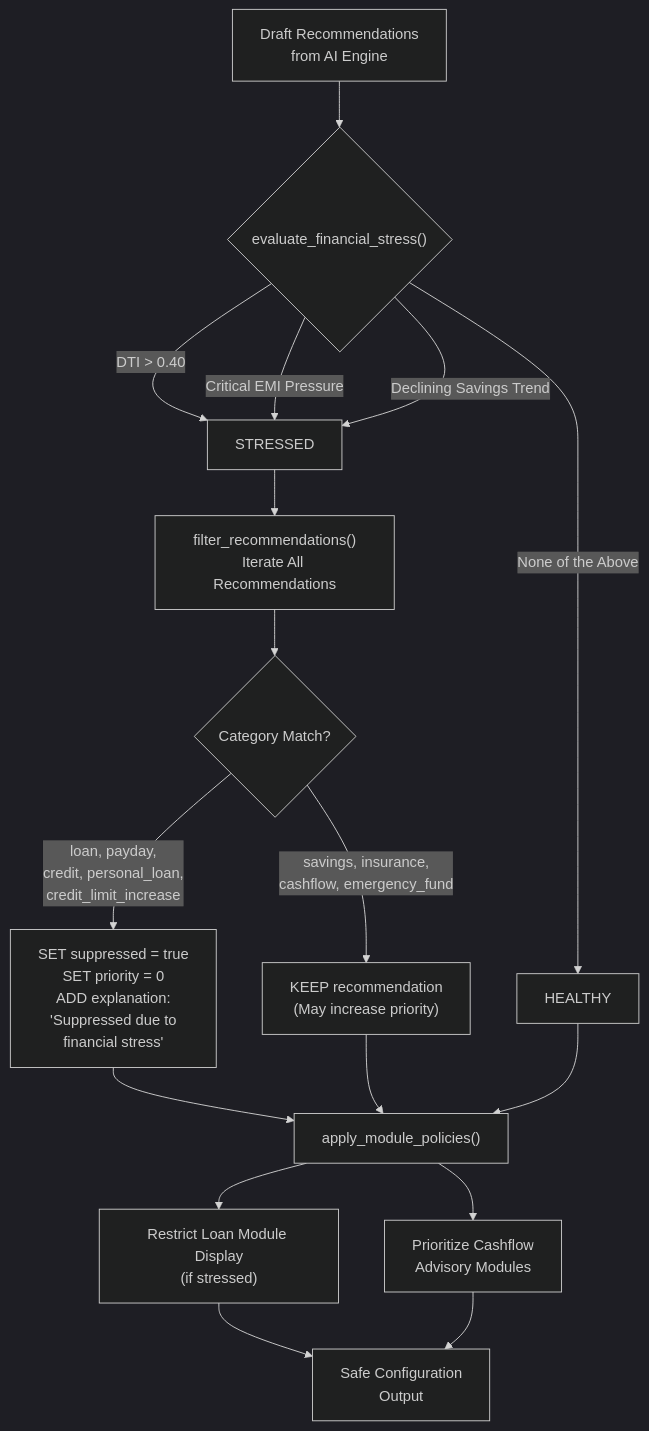
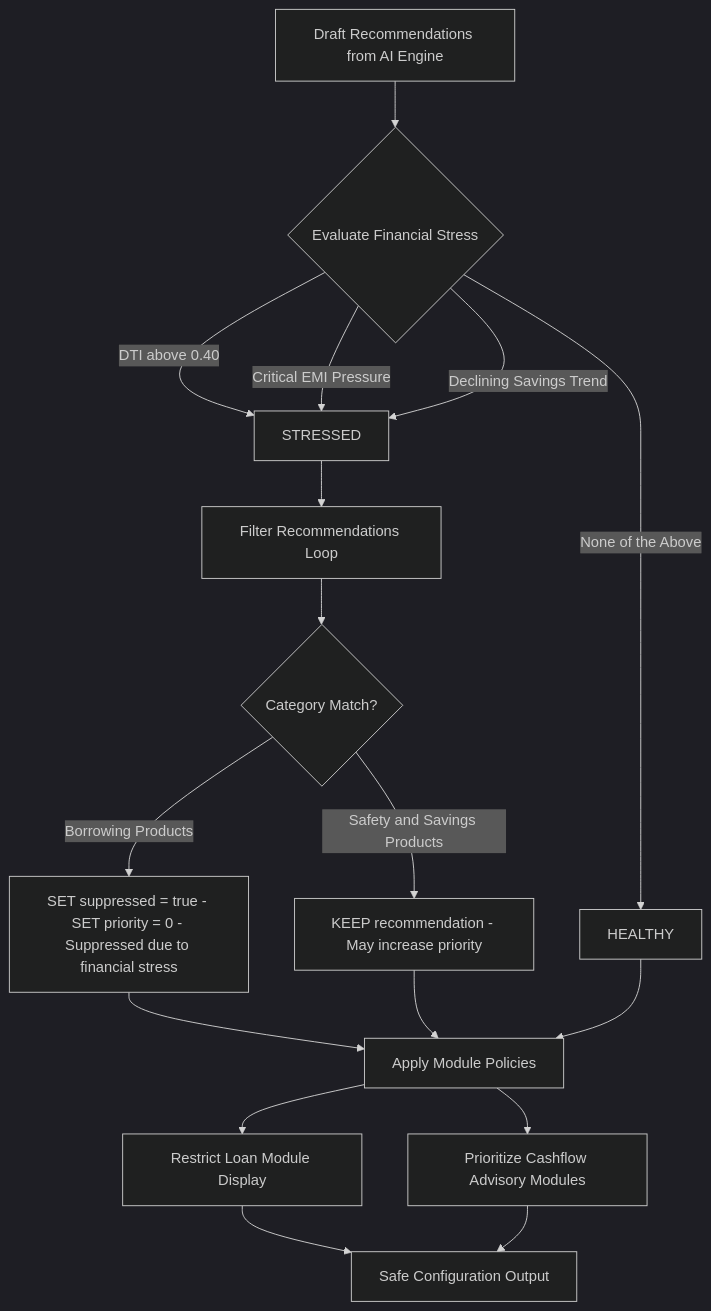
Diagram 15 of 41 in README.md (Neutron-0/ABC-Bank), drawn with Mermaid (dark theme) before and after one commit. The commit also changed other lines of this file and 33 other files, not shown here.

````diff
--- a/README.md
+++ b/README.md
@@ -1287,26 +1271,26 @@
 ```mermaid
 flowchart TD
-  Input2["Draft Recommendations\nfrom AI Engine"] --> StressEval{"evaluate_financial_stress()"}
+  Input2["Draft Recommendations from AI Engine"] --> StressEval{"Evaluate Financial Stress"}
   
-  StressEval -->|"DTI > 0.40"| STRESSED["STRESSED"]
-  StressEval -->|"Critical EMI Pressure"| STRESSED
-  StressEval -->|"Declining Savings Trend"| STRESSED
-  StressEval -->|"None of the Above"| HEALTHY["HEALTHY"]
+  StressEval -->|DTI above 0.40| STRESSED["STRESSED"]
+  StressEval -->|Critical EMI Pressure| STRESSED
+  StressEval -->|Declining Savings Trend| STRESSED
+  StressEval -->|None of the Above| HEALTHY["HEALTHY"]
   
-  STRESSED --> FilterLoop["filter_recommendations()\nIterate All Recommendations"]
+  STRESSED --> FilterLoop["Filter Recommendations Loop"]
   
   FilterLoop --> CheckCategory{"Category Match?"}
-  CheckCategory -->|"loan, payday,\ncredit, personal_loan,\ncredit_limit_increase"| SuppressRec["SET suppressed = true\nSET priority = 0\nADD explanation:\n'Suppressed due to\nfinancial stress'"]
-  CheckCategory -->|"savings, insurance,\ncashflow, emergency_fund"| KeepRec["KEEP recommendation\n(May increase priority)"]
+  CheckCategory -->|Borrowing Products| SuppressRec["SET suppressed = true - SET priority = 0 - Suppressed due to financial stress"]
+  CheckCategory -->|Safety and Savings Products| KeepRec["KEEP recommendation - May increase priority"]
   
-  SuppressRec --> ModulePolicies["apply_module_policies()"]
+  SuppressRec --> ModulePolicies["Apply Module Policies"]
   KeepRec --> ModulePolicies
   
   HEALTHY --> ModulePolicies
   
-  ModulePolicies --> RestrictLoan["Restrict Loan Module Display\n(if stressed)"]
-  ModulePolicies --> PrioritizeCashflow["Prioritize Cashflow\nAdvisory Modules"]
+  ModulePolicies --> RestrictLoan["Restrict Loan Module Display"]
+  ModulePolicies --> PrioritizeCashflow["Prioritize Cashflow Advisory Modules"]
   
-  RestrictLoan --> SafeConfig["Safe Configuration\nOutput"]
+  RestrictLoan --> SafeConfig["Safe Configuration Output"]
   PrioritizeCashflow --> SafeConfig
 ```
````
